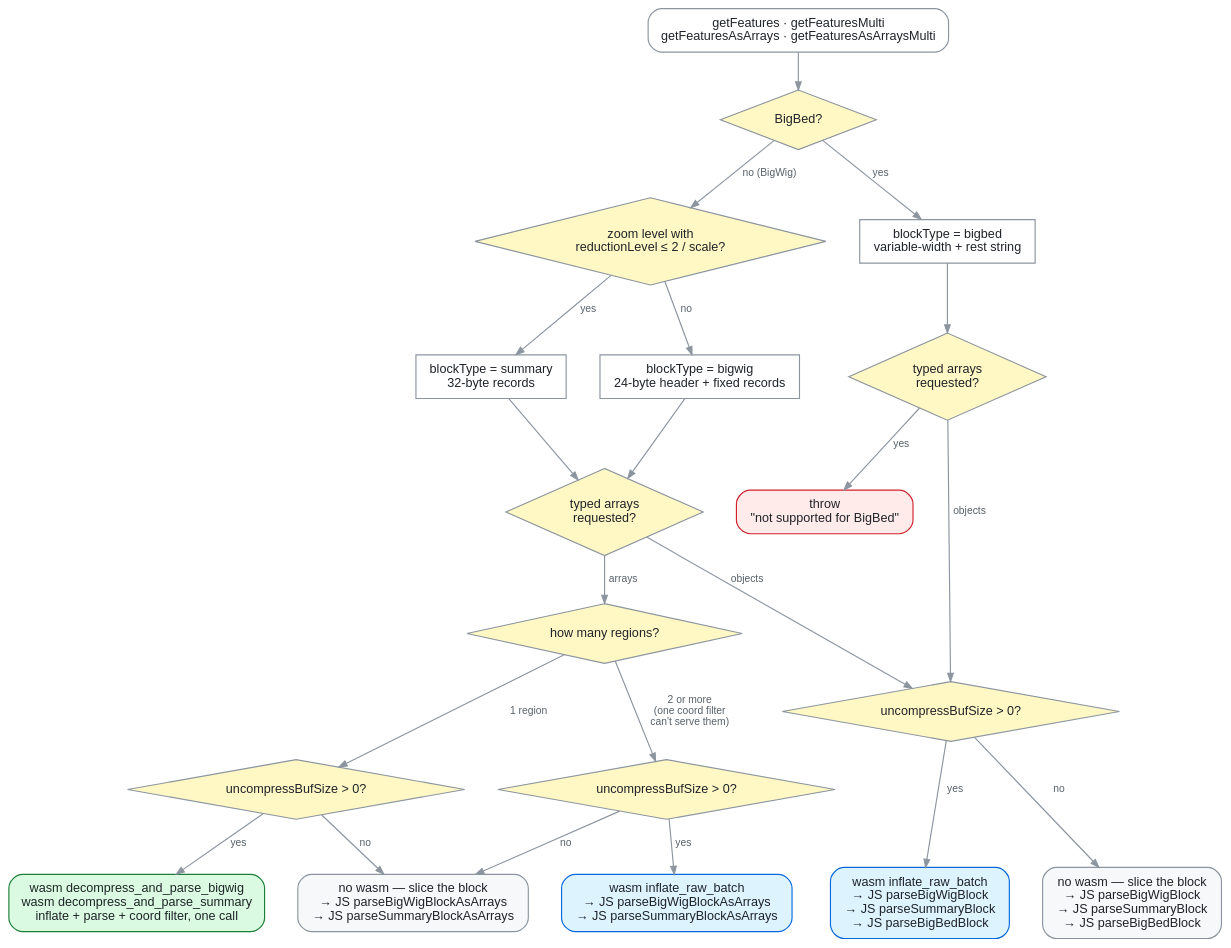
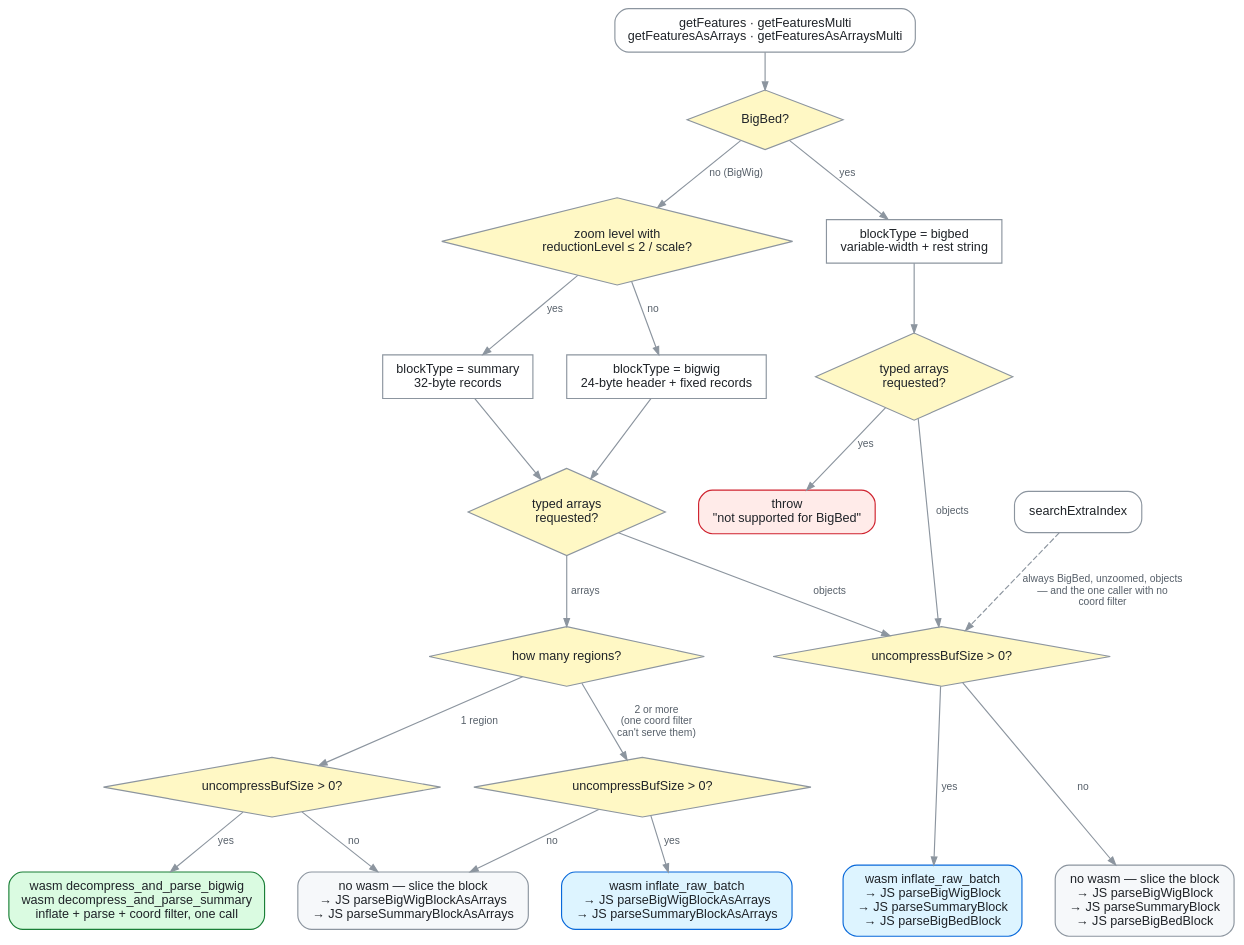
One commit to GMOD/bbi-js changed the diagram in docs/parser-selection.dot. Above: the diagram before and after it, drawn with Graphviz. The commit also changed 3 other files, not shown here.

```diff
--- a/docs/parser-selection.dot
+++ b/docs/parser-selection.dot
@@ -1,119 +1,129 @@
 digraph parser_selection {
   rankdir = TB
   bgcolor = "transparent"
   nodesep = 0.4
   ranksep = 0.45
 
   node [
     fontname = "Helvetica,Arial,sans-serif"
     fontsize = 11
     fontcolor = "#1f2328"
     color = "#8c959f"
     style = "filled"
     margin = "0.18,0.10"
   ]
   edge [
     fontname = "Helvetica,Arial,sans-serif"
     fontsize = 9
     fontcolor = "#57606a"
     color = "#8c959f"
     arrowsize = 0.7
   ]
 
   // ---- entry -------------------------------------------------------------
   call [
     label = "getFeatures · getFeaturesMulti\ngetFeaturesAsArrays · getFeaturesAsArraysMulti"
+    shape = box
+    style = "filled,rounded"
+    fillcolor = "#ffffff"
+  ]
+  call_search [
+    label = "searchExtraIndex"
     shape = box
     style = "filled,rounded"
     fillcolor = "#ffffff"
   ]
 
   // ---- which block layout (BBI.getView) ----------------------------------
   d_file [label = "BigBed?" shape = diamond fillcolor = "#fff8c5"]
   d_zoom [label = "zoom level with\nreductionLevel ≤ 2 / scale?" shape = diamond fillcolor = "#fff8c5"]
 
   bt_bed [label = "blockType = bigbed\nvariable-width + rest string" shape = box fillcolor = "#ffffff"]
   bt_sum [label = "blockType = summary\n32-byte records" shape = box fillcolor = "#ffffff"]
   bt_wig [label = "blockType = bigwig\n24-byte header + fixed records" shape = box fillcolor = "#ffffff"]
 
   call -> d_file
   d_file -> bt_bed [label = "  yes"]
   d_file -> d_zoom [label = "  no (BigWig)"]
   d_zoom -> bt_sum [label = "  yes"]
   d_zoom -> bt_wig [label = "  no"]
 
   // ---- which reader ------------------------------------------------------
   d_reader_bed [label = "typed arrays\nrequested?" shape = diamond fillcolor = "#fff8c5"]
   d_reader_wig [label = "typed arrays\nrequested?" shape = diamond fillcolor = "#fff8c5"]
 
   bt_bed -> d_reader_bed
   bt_sum -> d_reader_wig
   bt_wig -> d_reader_wig
 
   throw [
     label = "throw\n\"not supported for BigBed\""
     shape = box
     style = "filled,rounded"
     fillcolor = "#ffebe9"
     color = "#cf222e"
   ]
   d_reader_bed -> throw [label = "  yes"]
 
   d_regions [label = "how many regions?" shape = diamond fillcolor = "#fff8c5"]
   d_reader_wig -> d_regions [label = "  arrays"]
 
   // ---- compressed? -------------------------------------------------------
   d_zip_fused [label = "uncompressBufSize > 0?" shape = diamond fillcolor = "#fff8c5"]
   d_zip_arr   [label = "uncompressBufSize > 0?" shape = diamond fillcolor = "#fff8c5"]
   d_zip_obj   [label = "uncompressBufSize > 0?" shape = diamond fillcolor = "#fff8c5"]
 
   d_regions -> d_zip_fused [label = "  1 region"]
   d_regions -> d_zip_arr [label = "  2 or more\n  (one coord filter\n  can't serve them)"]
 
   d_reader_bed -> d_zip_obj [label = "  objects"]
   d_reader_wig -> d_zip_obj [label = "  objects"]
+  call_search -> d_zip_obj [
+    label = "  always BigBed, unzoomed, objects\n  — and the one caller with no\n  coord filter"
+    style = dashed
+  ]
 
   // ---- leaves ------------------------------------------------------------
   leaf_fused [
     label = "wasm decompress_and_parse_bigwig\nwasm decompress_and_parse_summary\ninflate + parse + coord filter, one call"
     shape = box
     style = "filled,rounded"
     fillcolor = "#dafbe1"
     color = "#1a7f37"
   ]
   leaf_arr_zip [
     label = "wasm inflate_raw_batch\n→ JS parseBigWigBlockAsArrays\n→ JS parseSummaryBlockAsArrays"
     shape = box
     style = "filled,rounded"
     fillcolor = "#ddf4ff"
     color = "#0969da"
   ]
   leaf_arr_raw [
     label = "no wasm — slice the block\n→ JS parseBigWigBlockAsArrays\n→ JS parseSummaryBlockAsArrays"
     shape = box
     style = "filled,rounded"
     fillcolor = "#f6f8fa"
   ]
   leaf_obj_zip [
     label = "wasm inflate_raw_batch\n→ JS parseBigWigBlock\n→ JS parseSummaryBlock\n→ JS parseBigBedBlock"
     shape = box
     style = "filled,rounded"
     fillcolor = "#ddf4ff"
     color = "#0969da"
   ]
   leaf_obj_raw [
     label = "no wasm — slice the block\n→ JS parseBigWigBlock\n→ JS parseSummaryBlock\n→ JS parseBigBedBlock"
     shape = box
     style = "filled,rounded"
     fillcolor = "#f6f8fa"
   ]
 
   d_zip_fused -> leaf_fused [label = "  yes"]
   d_zip_fused -> leaf_arr_raw [label = "  no"]
   d_zip_arr -> leaf_arr_zip [label = "  yes"]
   d_zip_arr -> leaf_arr_raw [label = "  no"]
   d_zip_obj -> leaf_obj_zip [label = "  yes"]
   d_zip_obj -> leaf_obj_raw [label = "  no"]
 
   { rank = same; leaf_fused; leaf_arr_zip; leaf_arr_raw; leaf_obj_zip; leaf_obj_raw }
 }
```
